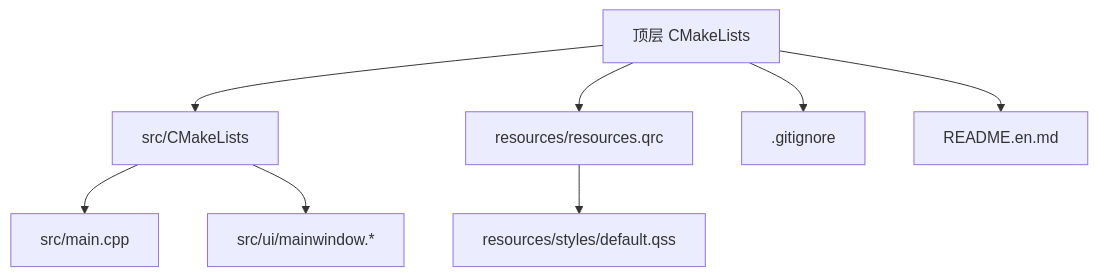
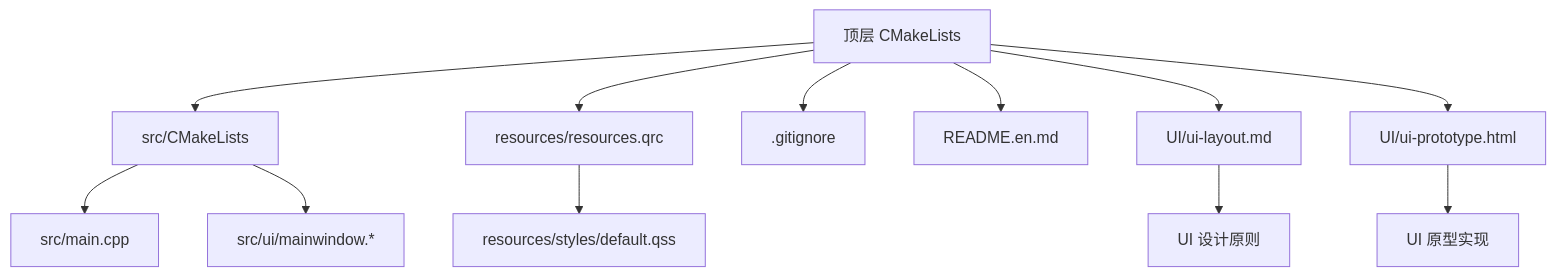
The first of 3 diagrams in .qoder/repowiki/zh/content/开发指南/开发指南.md (jakecai1225-design/OpenBus), drawn with Mermaid before and after one commit. The commit also changed other lines of this file and 44 other files, not shown here.

````diff
--- a/.qoder/repowiki/zh/content/开发指南/开发指南.md
+++ b/.qoder/repowiki/zh/content/开发指南/开发指南.md
@@ -39,10 +51,14 @@
 ```mermaid
 graph TB
 A["顶层 CMakeLists"] --> B["src/CMakeLists"]
 B --> C["src/main.cpp"]
 B --> D["src/ui/mainwindow.*"]
 A --> E["resources/resources.qrc"]
 E --> F["resources/styles/default.qss"]
 A --> G[".gitignore"]
 A --> H["README.en.md"]
+A --> I["UI/ui-layout.md"]
+A --> J["UI/ui-prototype.html"]
+I --> K["UI 设计原则"]
+J --> L["UI 原型实现"]
 ```
````
